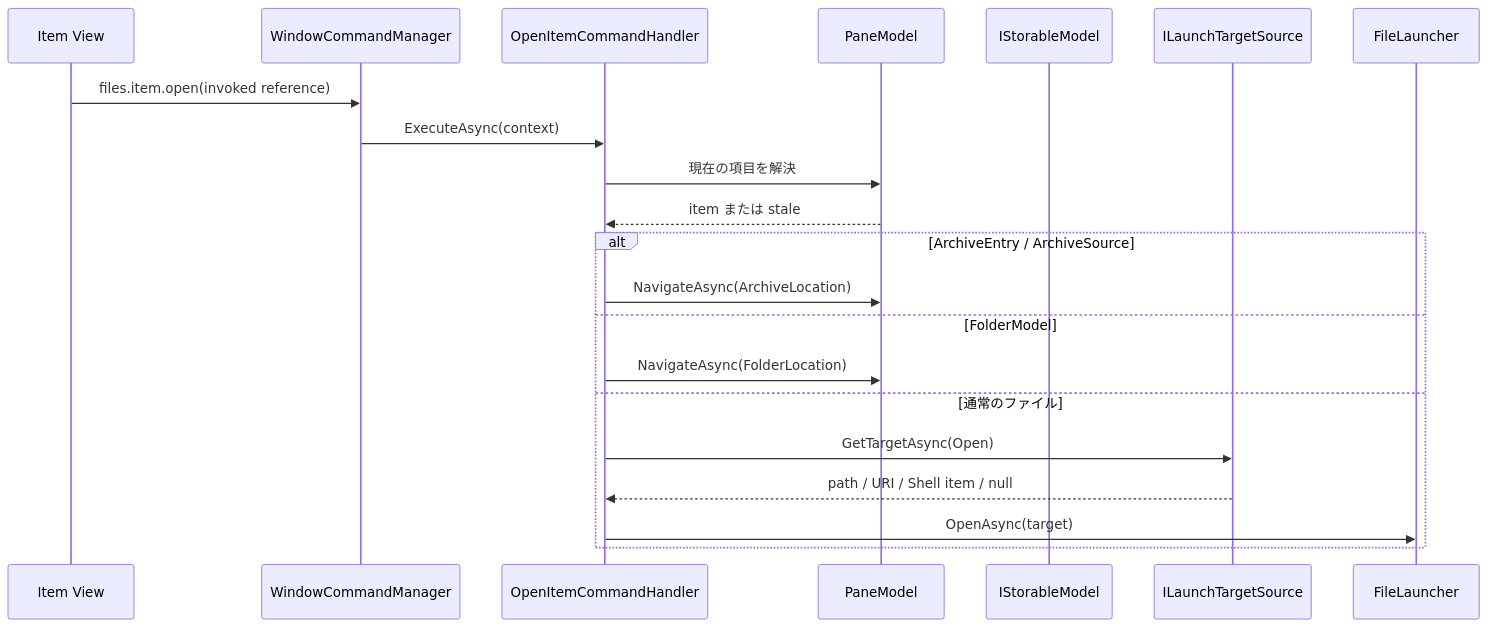
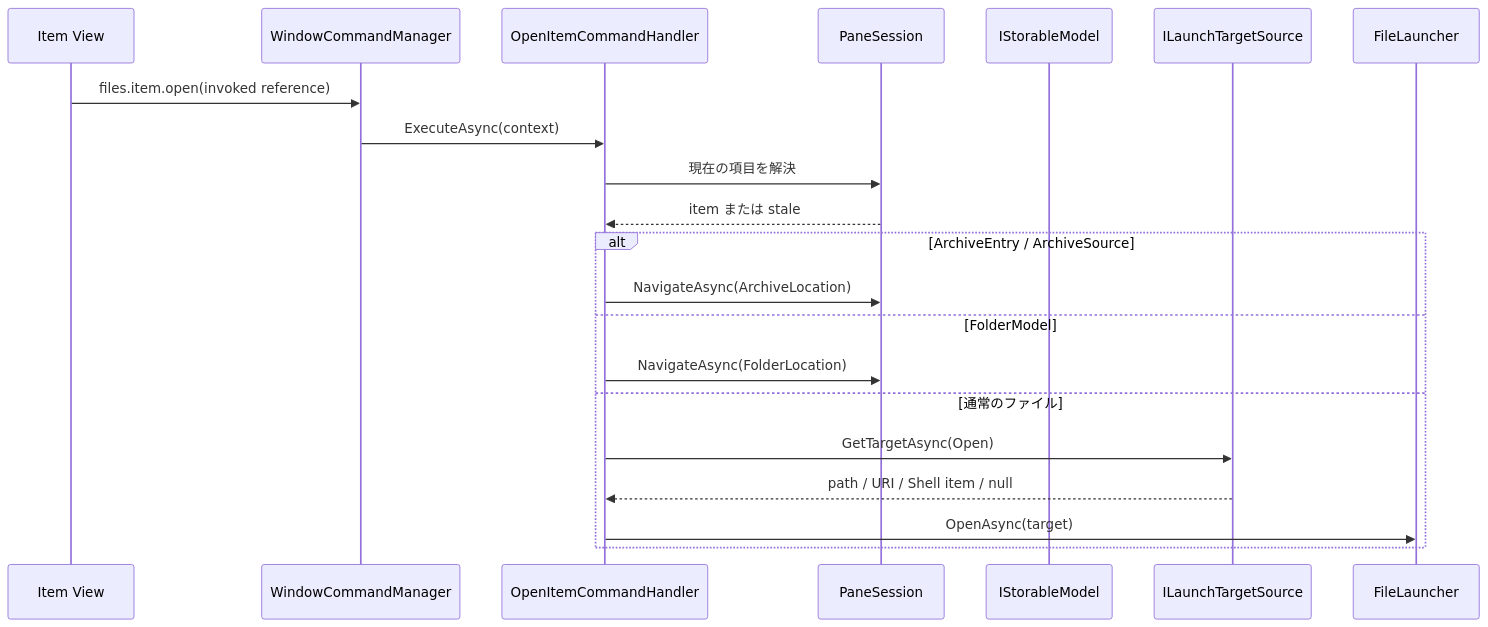
One commit to 0x5bfa/ReFiles changed the third of 4 diagrams in docs/files-app-features.md. Above: the diagram before and after it, drawn with Mermaid. The commit also changed other lines of this file and 93 other files, not shown here.

Commit message:
Rearchitect application state management

````diff
--- a/docs/files-app-features.md
+++ b/docs/files-app-features.md
@@ -332,24 +332,24 @@
 ```mermaid
 sequenceDiagram
     participant View as Item View
     participant Commands as WindowCommandManager
     participant Handler as OpenItemCommandHandler
-    participant Pane as PaneModel
+    participant Pane as PaneSession
     participant Item as IStorableModel
     participant Target as ILaunchTargetSource
     participant Launcher as FileLauncher
 
     View->>Commands: files.item.open(invoked reference)
     Commands->>Handler: ExecuteAsync(context)
     Handler->>Pane: 現在の項目を解決
     Pane-->>Handler: item または stale
     alt ArchiveEntry / ArchiveSource
         Handler->>Pane: NavigateAsync(ArchiveLocation)
     else FolderModel
         Handler->>Pane: NavigateAsync(FolderLocation)
     else 通常のファイル
         Handler->>Target: GetTargetAsync(Open)
         Target-->>Handler: path / URI / Shell item / null
         Handler->>Launcher: OpenAsync(target)
     end
 ```
````
